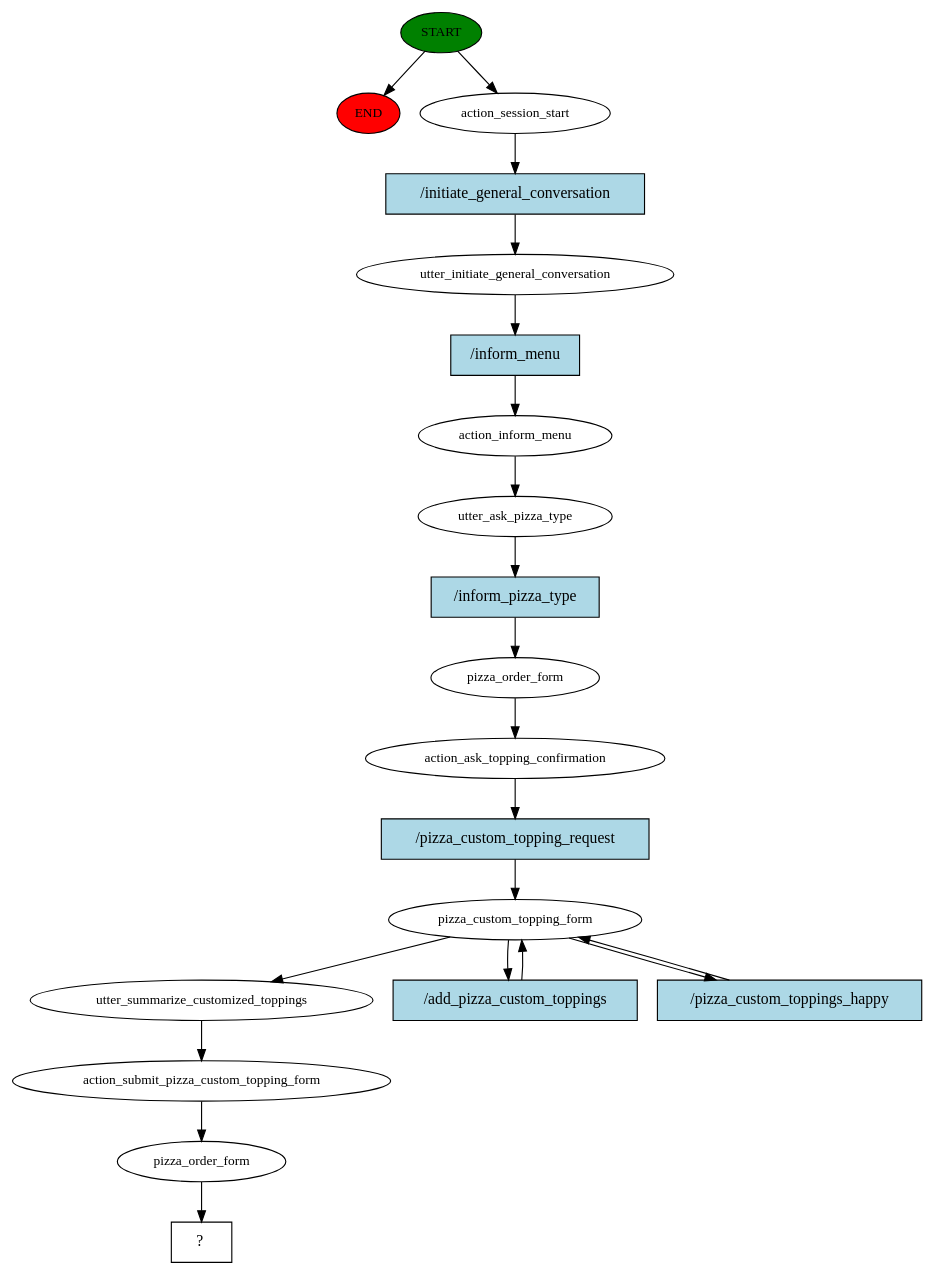
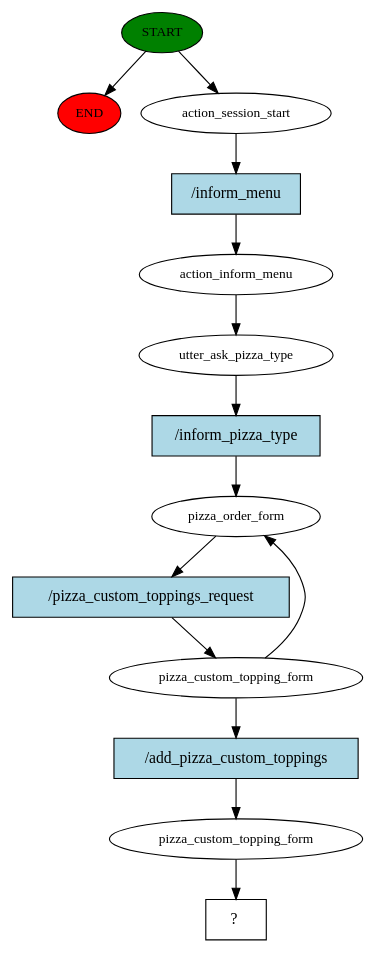
One commit to HiraAfzal9978/HMD-PizzaBot changed the diagram in story_graph.dot. Above: the diagram before and after it, drawn with Graphviz. The commit also changed 5 other files, not shown here.

```diff
--- a/story_graph.dot
+++ b/story_graph.dot
@@ -1,41 +1,28 @@
 digraph  {
 0 [class="start active", fillcolor=green, fontsize=12, label=START, style=filled];
 "-1" [class=end, fillcolor=red, fontsize=12, label=END, style=filled];
 1 [class=active, fontsize=12, label=action_session_start];
-2 [class=active, fontsize=12, label=utter_initiate_general_conversation];
-3 [class=active, fontsize=12, label=action_inform_menu];
-4 [class=active, fontsize=12, label=utter_ask_pizza_type];
-5 [class=active, fontsize=12, label=pizza_order_form];
-6 [class=active, fontsize=12, label=action_ask_topping_confirmation];
-7 [class=active, fontsize=12, label=pizza_custom_topping_form];
-10 [class=active, fontsize=12, label=utter_summarize_customized_toppings];
-11 [class=active, fontsize=12, label=action_submit_pizza_custom_topping_form];
-12 [class=active, fontsize=12, label=pizza_order_form];
-13 [class="intent dashed active", label="  ?  ", shape=rect];
-14 [class="intent active", fillcolor=lightblue, label="/initiate_general_conversation", shape=rect, style=filled];
-15 [class="intent active", fillcolor=lightblue, label="/inform_menu", shape=rect, style=filled];
-16 [class="intent active", fillcolor=lightblue, label="/inform_pizza_type", shape=rect, style=filled];
-17 [class="intent active", fillcolor=lightblue, label="/pizza_custom_topping_request", shape=rect, style=filled];
-18 [class="intent active", fillcolor=lightblue, label="/add_pizza_custom_toppings", shape=rect, style=filled];
-19 [class="intent active", fillcolor=lightblue, label="/pizza_custom_toppings_happy", shape=rect, style=filled];
+2 [class=active, fontsize=12, label=action_inform_menu];
+3 [class=active, fontsize=12, label=utter_ask_pizza_type];
+4 [class=active, fontsize=12, label=pizza_order_form];
+5 [class=active, fontsize=12, label=pizza_custom_topping_form];
+8 [class=active, fontsize=12, label=pizza_custom_topping_form];
+9 [class="intent dashed active", label="  ?  ", shape=rect];
+10 [class="intent active", fillcolor=lightblue, label="/inform_menu", shape=rect, style=filled];
+11 [class="intent active", fillcolor=lightblue, label="/inform_pizza_type", shape=rect, style=filled];
+12 [class="intent active", fillcolor=lightblue, label="/pizza_custom_toppings_request", shape=rect, style=filled];
+13 [class="intent active", fillcolor=lightblue, label="/add_pizza_custom_toppings", shape=rect, style=filled];
 0 -> "-1"  [class="", key=NONE, label=""];
 0 -> 1  [class=active, key=NONE, label=""];
-1 -> 14  [class=active, key=0];
-2 -> 15  [class=active, key=0];
-3 -> 4  [class=active, key=NONE, label=""];
-4 -> 16  [class=active, key=0];
-5 -> 6  [class=active, key=NONE, label=""];
-6 -> 17  [class=active, key=0];
-7 -> 10  [class=active, key=NONE, label=""];
-7 -> 18  [class=active, key=0];
-7 -> 19  [class=active, key=0];
-10 -> 11  [class=active, key=NONE, label=""];
-11 -> 12  [class=active, key=NONE, label=""];
-12 -> 13  [class=active, key=NONE, label=""];
-14 -> 2  [class=active, key=0];
-15 -> 3  [class=active, key=0];
-16 -> 5  [class=active, key=0];
-17 -> 7  [class=active, key=0];
-18 -> 7  [class=active, key=0];
-19 -> 7  [class=active, key=0];
+1 -> 10  [class=active, key=0];
+2 -> 3  [class=active, key=NONE, label=""];
+3 -> 11  [class=active, key=0];
+4 -> 12  [class=active, key=0];
+5 -> 4  [class=active, key=NONE, label=""];
+5 -> 13  [class=active, key=0];
+8 -> 9  [class=active, key=NONE, label=""];
+10 -> 2  [class=active, key=0];
+11 -> 4  [class=active, key=0];
+12 -> 5  [class=active, key=0];
+13 -> 8  [class=active, key=0];
 }
```
